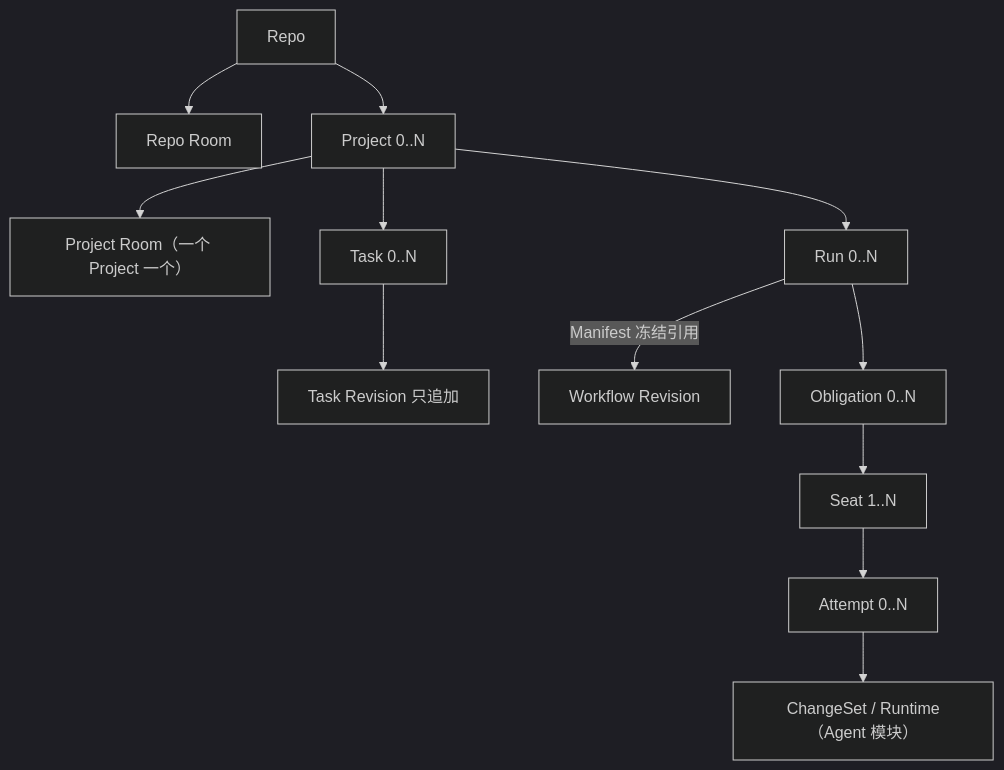
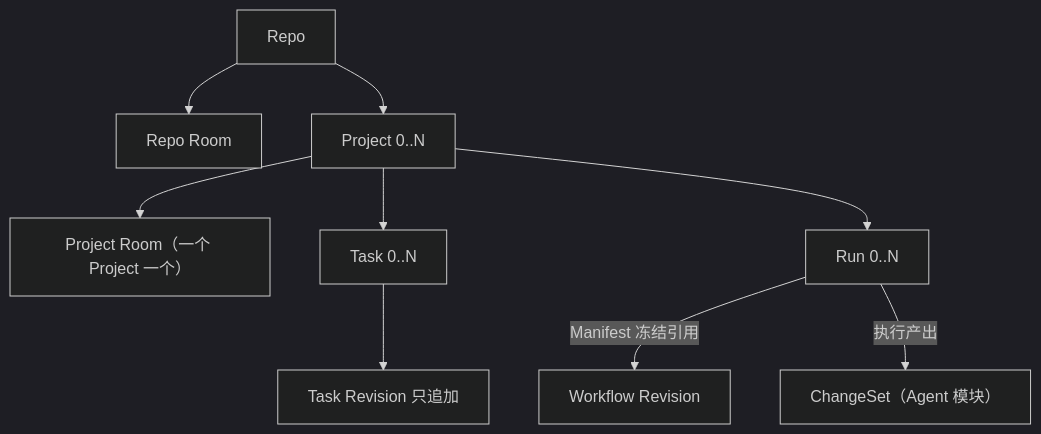
The diagram in docs/design/README.md (yesme/hctl2), drawn with Mermaid (dark theme) before and after one commit. The commit also changed other lines of this file and 1 other file, not shown here.

Commit message:
docs: object graph shows ownership skeleton only; Run's internal chain moves to run.md with rationale

````diff
--- a/docs/design/README.md
+++ b/docs/design/README.md
@@ -21,14 +21,11 @@
 ```mermaid
 flowchart TD
     R["Repo"] --> RR["Repo Room"]
     R --> P["Project 0..N"]
     P --> PR["Project Room（一个 Project 一个）"]
     P --> T["Task 0..N"]
     P --> RN["Run 0..N"]
     T --> TR["Task Revision 只追加"]
     RN -->|Manifest 冻结引用| W["Workflow Revision"]
-    RN --> O["Obligation 0..N"]
-    O --> S["Seat 1..N"]
-    S --> A["Attempt 0..N"]
-    A --> CS["ChangeSet / Runtime（Agent 模块）"]
+    RN -->|执行产出| CS["ChangeSet（Agent 模块）"]
 ```
````
